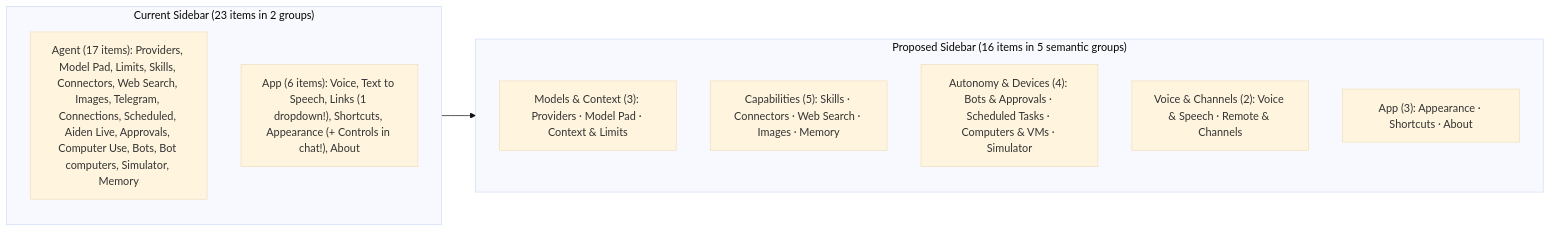
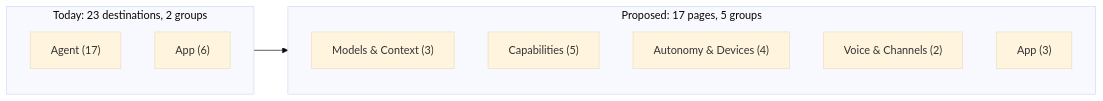
One commit to sambitcreate/aiden-agent changed the diagram in docs/plans/settings-reorg-and-info-hints-plan.md. Above: the diagram before and after it, drawn with Mermaid (base theme). The commit also changed other lines of this file and 4 other files, not shown here.

````diff
--- a/docs/plans/settings-reorg-and-info-hints-plan.md
+++ b/docs/plans/settings-reorg-and-info-hints-plan.md
@@ -12,15 +53,15 @@
 ```mermaid
 flowchart LR
-    subgraph Before["Current Sidebar (23 items in 2 groups)"]
-        B1["Agent (17 items): Providers, Model Pad, Limits, Skills, Connectors, Web Search, Images, Telegram, Connections, Scheduled, Aiden Live, Approvals, Computer Use, Bots, Bot computers, Simulator, Memory"]
-        B2["App (6 items): Voice, Text to Speech, Links (1 dropdown!), Shortcuts, Appearance (+ Controls in chat!), About"]
+    subgraph Before["Today: 23 destinations, 2 groups"]
+        B1["Agent (17)"]
+        B2["App (6)"]
     end
-    subgraph After["Proposed Sidebar (16 items in 5 semantic groups)"]
-        A1["Models & Context (3): Providers · Model Pad · Context & Limits"]
-        A2["Capabilities (5): Skills · Connectors · Web Search · Images · Memory"]
-        A3["Autonomy & Devices (4): Bots & Approvals · Scheduled Tasks · Computers & VMs · Simulator"]
-        A4["Voice & Channels (2): Voice & Speech · Remote & Channels"]
-        A5["App (3): Appearance · Shortcuts · About"]
+    subgraph After["Proposed: 17 pages, 5 groups"]
+        A1["Models & Context (3)"]
+        A2["Capabilities (5)"]
+        A3["Autonomy & Devices (4)"]
+        A4["Voice & Channels (2)"]
+        A5["App (3)"]
     end
     Before --> After
 ```
````
